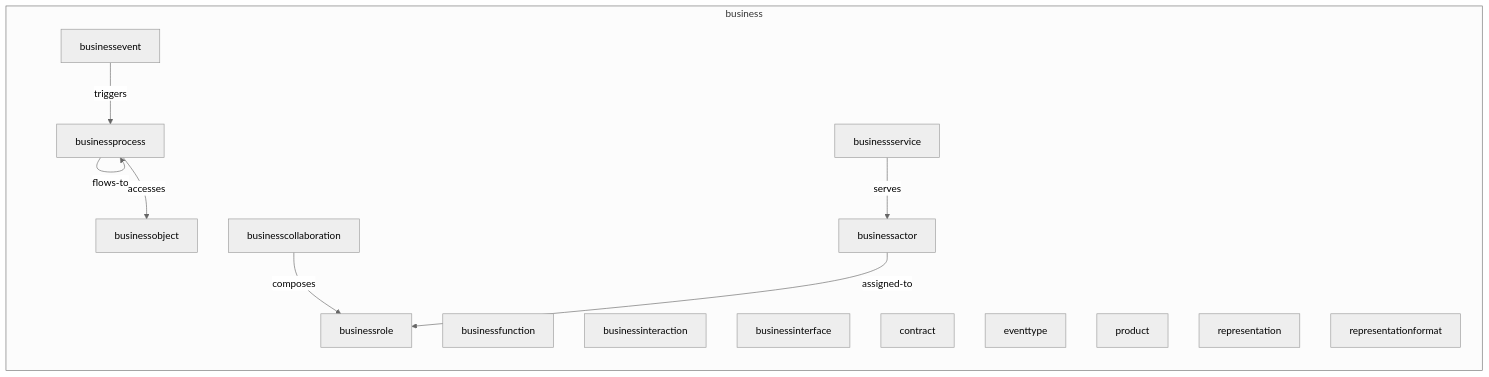
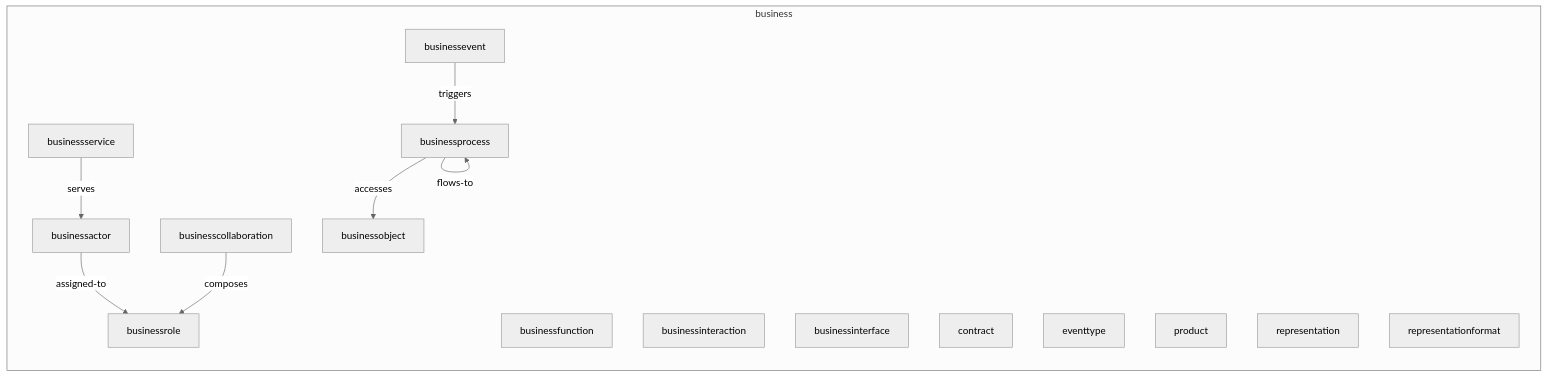
The first of 2 diagrams in spec/browser/02-business-layer-report.md (tinkermonkey/documentation_robotics), drawn with Mermaid (neutral theme) before and after one commit. The commit also changed other lines of this file and 13 other files, not shown here.

````diff
--- a/spec/browser/02-business-layer-report.md
+++ b/spec/browser/02-business-layer-report.md
@@ -51,26 +51,26 @@
 ```mermaid
 flowchart LR
   subgraph business
     businessactor["businessactor"]
     businesscollaboration["businesscollaboration"]
     businessevent["businessevent"]
     businessfunction["businessfunction"]
     businessinteraction["businessinteraction"]
     businessinterface["businessinterface"]
     businessobject["businessobject"]
     businessprocess["businessprocess"]
     businessrole["businessrole"]
     businessservice["businessservice"]
     contract["contract"]
     eventtype["eventtype"]
     product["product"]
     representation["representation"]
     representationformat["representationformat"]
+    businessactor -->|assigned-to| businessrole
+    businesscollaboration -->|composes| businessrole
+    businessevent -->|triggers| businessprocess
+    businessprocess -->|accesses| businessobject
+    businessprocess -->|flows-to| businessprocess
     businessservice -->|serves| businessactor
-    businessprocess -->|flows-to| businessprocess
-    businessprocess -->|accesses| businessobject
-    businessevent -->|triggers| businessprocess
-    businesscollaboration -->|composes| businessrole
-    businessactor -->|assigned-to| businessrole
   end
 ```
````
